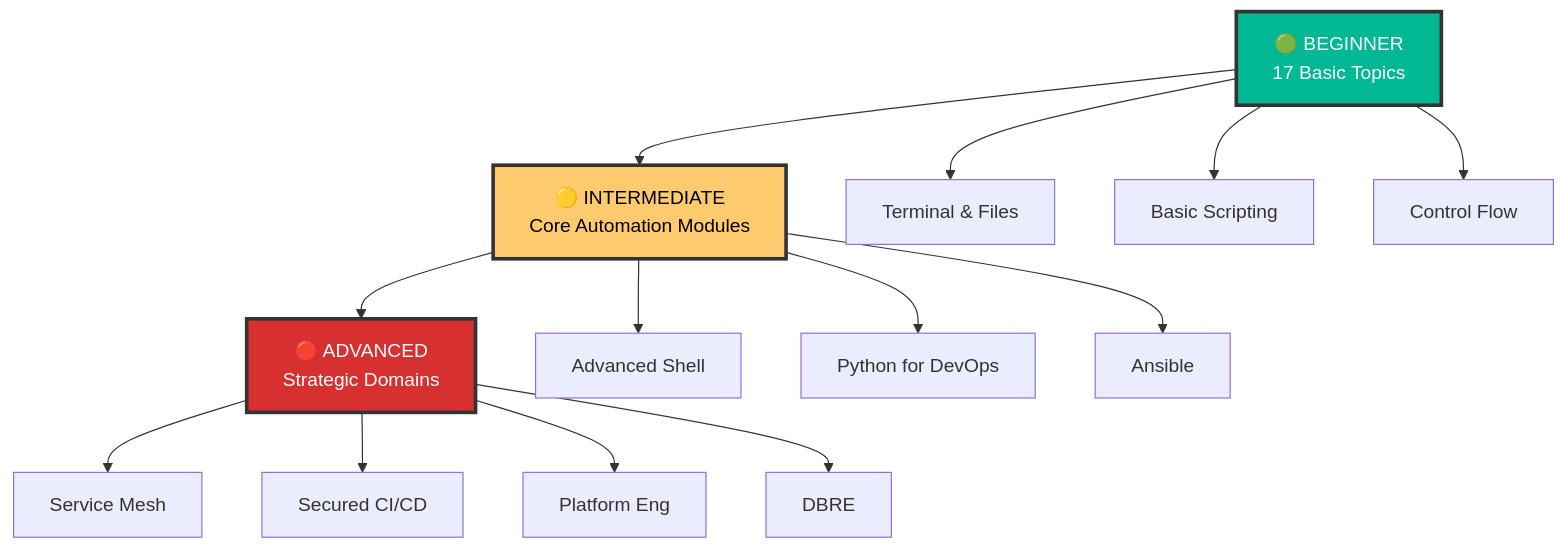
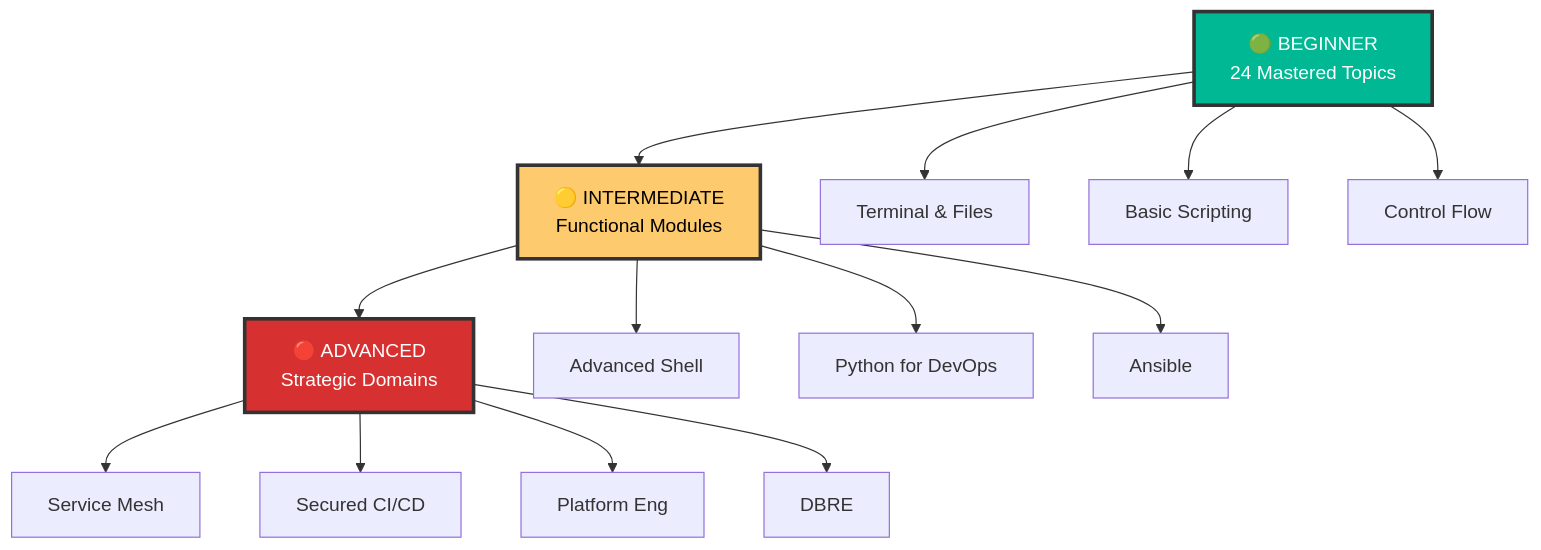
Before and after one commit to Ganil151/Devops: the diagram in 1-Beginner/02-Phase-2/01-Automation/README.md, drawn with Mermaid. The commit also changed other lines of this file and 16 other files, not shown here.

````diff
--- a/1-Beginner/02-Phase-2/01-Automation/README.md
+++ b/1-Beginner/02-Phase-2/01-Automation/README.md
@@ -33,22 +29,22 @@
 ```mermaid
 graph TD
-    A[🟢 BEGINNER<br/>17 Basic Topics] --> B[🟡 INTERMEDIATE<br/>Core Automation Modules]
+    A[🟢 BEGINNER<br/>24 Mastered Topics] --> B[🟡 INTERMEDIATE<br/>Functional Modules]
     B --> C[🔴 ADVANCED<br/>Strategic Domains]
     
     A --> A1[Terminal & Files]
     A --> A2[Basic Scripting]
     A --> A3[Control Flow]
     
     B --> B1[Advanced Shell]
     B --> B2[Python for DevOps]
     B --> B3[Ansible]
     
     C --> C3[Service Mesh]
     C --> C4[Secured CI/CD]
     C --> C5[Platform Eng]
     C --> C6[DBRE]
     
     style A fill:#00b894,stroke:#333,stroke-width:3px,color:#fff
     style B fill:#fdcb6e,stroke:#333,stroke-width:3px,color:#000
     style C fill:#d63031,stroke:#333,stroke-width:3px,color:#fff
 ```
````
